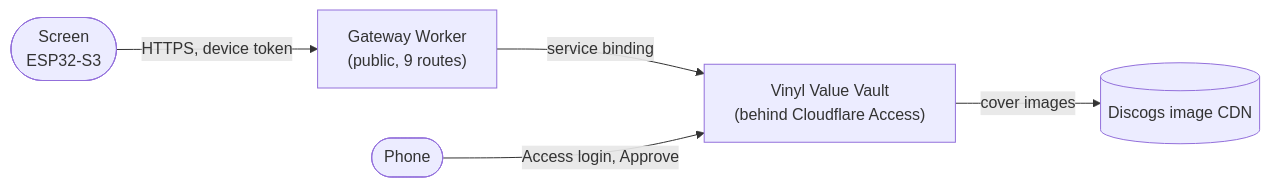
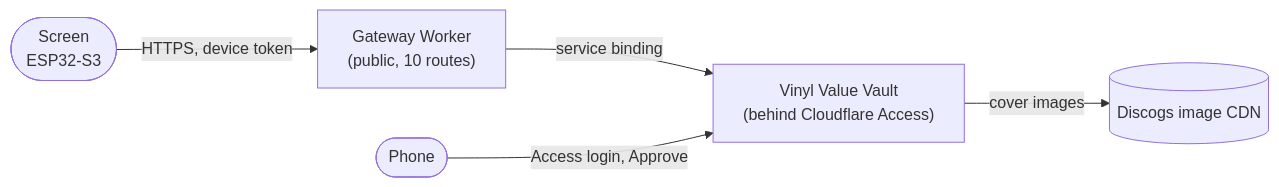
Before and after one commit to JakubMini/vinyl-vault-screen: the diagram in README.md, drawn with Mermaid. The commit also changed other lines of this file and 7 other files, not shown here.

````diff
--- a/README.md
+++ b/README.md
@@ -56,7 +56,7 @@
 ```mermaid
 flowchart LR
-  screen(["Screen<br/>ESP32-S3"]) -->|HTTPS, device token| gateway["Gateway Worker<br/>(public, 9 routes)"]
+  screen(["Screen<br/>ESP32-S3"]) -->|HTTPS, device token| gateway["Gateway Worker<br/>(public, 10 routes)"]
   gateway -->|service binding| vault["Vinyl Value Vault<br/>(behind Cloudflare Access)"]
   phone(["Phone"]) -->|Access login, Approve| vault
   vault -->|cover images| discogs[("Discogs image CDN")]
 ```
````
